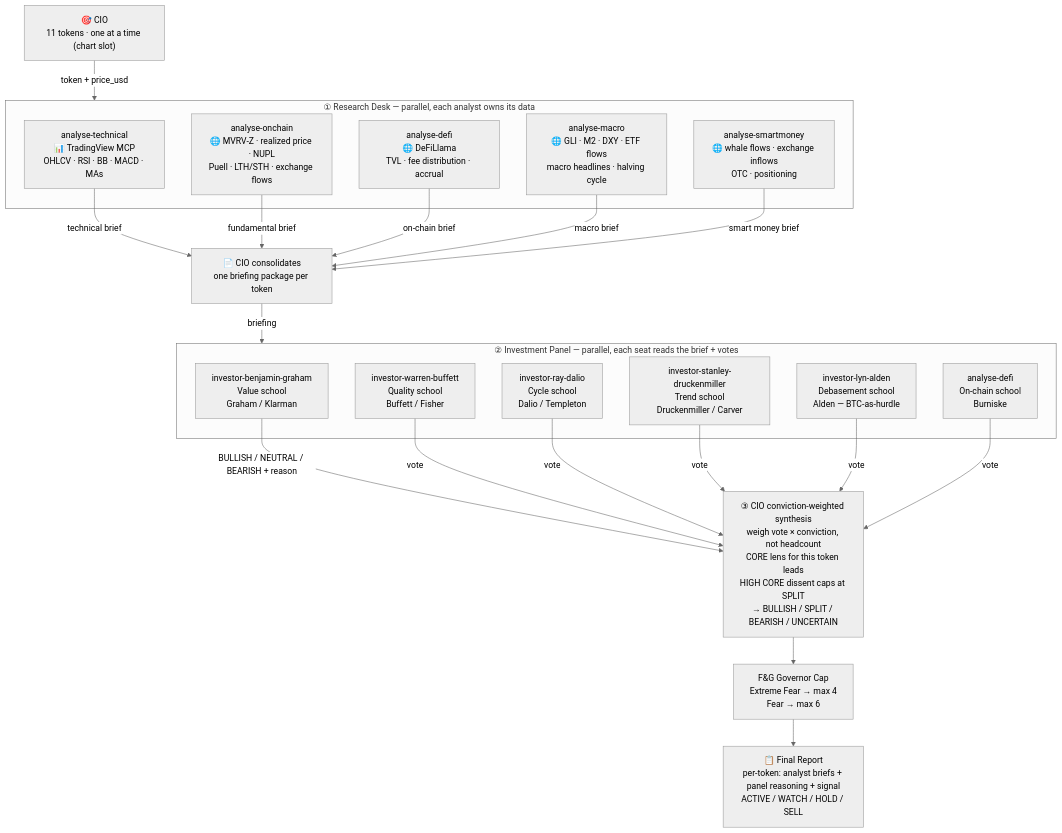
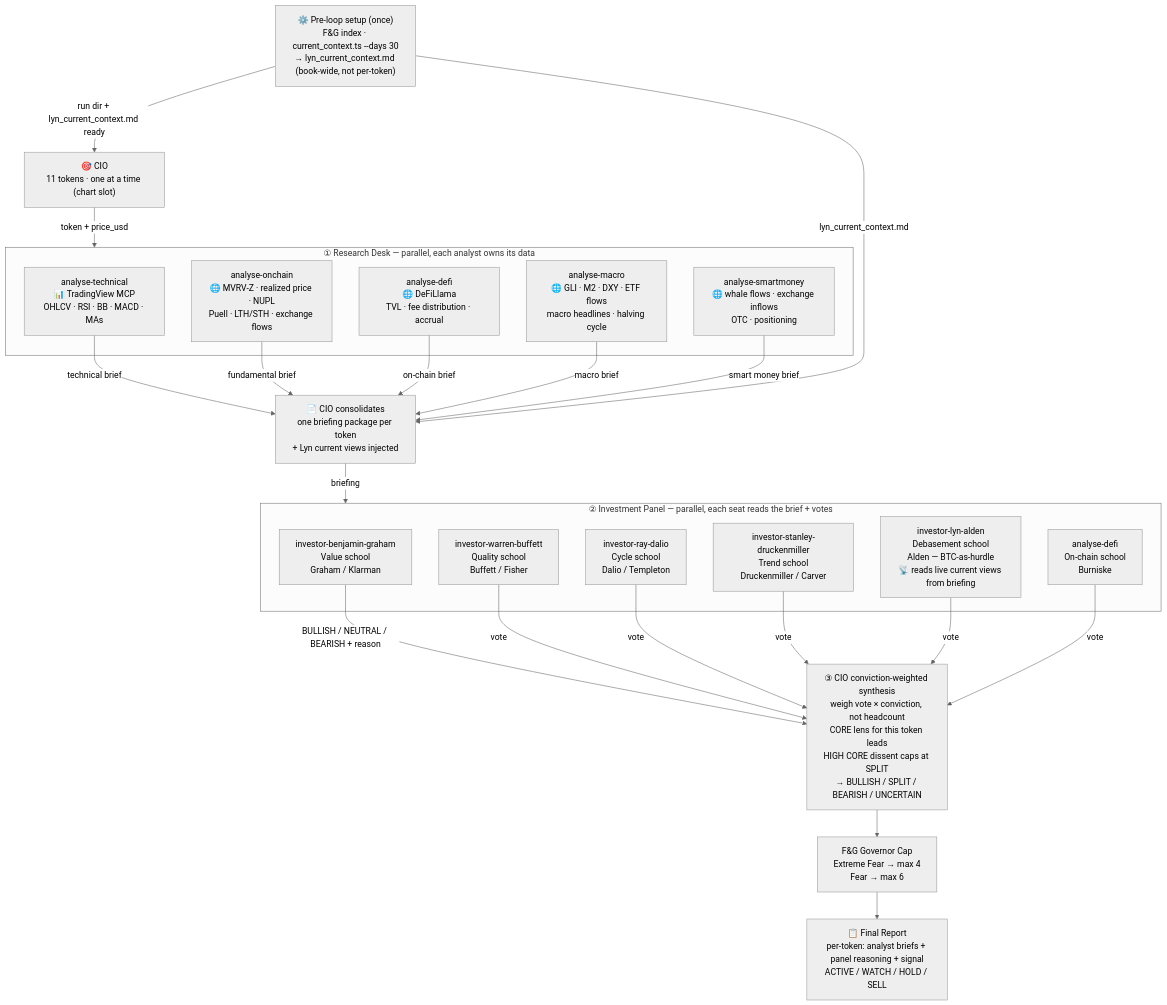
Before and after one commit to dzianisv/backtest: the diagram in .agents/skills/crypto-advisor/README.md, drawn with Mermaid (neutral theme). The commit also changed other lines of this file and 1 other file, not shown here.

````diff
--- a/.agents/skills/crypto-advisor/README.md
+++ b/.agents/skills/crypto-advisor/README.md
@@ -9,45 +9,50 @@
 ```mermaid
 flowchart TD
+    SETUP["⚙️ Pre-loop setup (once)\nF&G index · current_context.ts --days 30\n→ lyn_current_context.md (book-wide, not per-token)"]
+
+    SETUP -->|"run dir + lyn_current_context.md ready"| CIO
+
     CIO["🎯 CIO\n11 tokens · one at a time (chart slot)"]
 
     CIO -->|"token + price_usd"| RESEARCH
 
     subgraph RESEARCH["① Research Desk — parallel, each analyst owns its data"]
         TA["analyse-technical\n📊 TradingView MCP\nOHLCV · RSI · BB · MACD · MAs"]
         FUND["analyse-onchain\n🌐 MVRV-Z · realized price · NUPL\nPuell · LTH/STH · exchange flows"]
         OC["analyse-defi\n🌐 DeFiLlama\nTVL · fee distribution · accrual"]
         MACRO["analyse-macro\n🌐 GLI · M2 · DXY · ETF flows\nmacro headlines · halving cycle"]
         SM["analyse-smartmoney\n🌐 whale flows · exchange inflows\nOTC · positioning"]
     end
 
-    BRIEF["📄 CIO consolidates\none briefing package per token"]
+    BRIEF["📄 CIO consolidates\none briefing package per token\n+ Lyn current views injected"]
 
     TA -->|"technical brief"| BRIEF
     FUND -->|"fundamental brief"| BRIEF
     OC -->|"on-chain brief"| BRIEF
     MACRO -->|"macro brief"| BRIEF
     SM -->|"smart money brief"| BRIEF
+    SETUP -->|"lyn_current_context.md"| BRIEF
 
     BRIEF -->|"briefing"| PANEL
 
     subgraph PANEL["② Investment Panel — parallel, each seat reads the brief + votes"]
         G["investor-benjamin-graham\nValue school\nGraham / Klarman"]
         B["investor-warren-buffett\nQuality school\nBuffett / Fisher"]
         D["investor-ray-dalio\nCycle school\nDalio / Templeton"]
         DR["investor-stanley-druckenmiller\nTrend school\nDruckenmiller / Carver"]
-        LA["investor-lyn-alden\nDebasement school\nAlden — BTC-as-hurdle"]
+        LA["investor-lyn-alden\nDebasement school\nAlden — BTC-as-hurdle\n📡 reads live current views from briefing"]
         BU["analyse-defi\nOn-chain school\nBurniske"]
     end
 
     G -->|"BULLISH / NEUTRAL / BEARISH + reason"| QUORUM
     B -->|"vote"| QUORUM
     D -->|"vote"| QUORUM
     DR -->|"vote"| QUORUM
     LA -->|"vote"| QUORUM
     BU -->|"vote"| QUORUM
 
     QUORUM["③ CIO conviction-weighted synthesis\nweigh vote × conviction, not headcount\nCORE lens for this token leads\nHIGH CORE dissent caps at SPLIT\n→ BULLISH / SPLIT / BEARISH / UNCERTAIN"]
 
     QUORUM --> GOV["F&G Governor Cap\nExtreme Fear → max 4\nFear → max 6"]
     GOV --> OUT["📋 Final Report\nper-token: analyst briefs + panel reasoning + signal\nACTIVE / WATCH / HOLD / SELL"]
 ```
````
